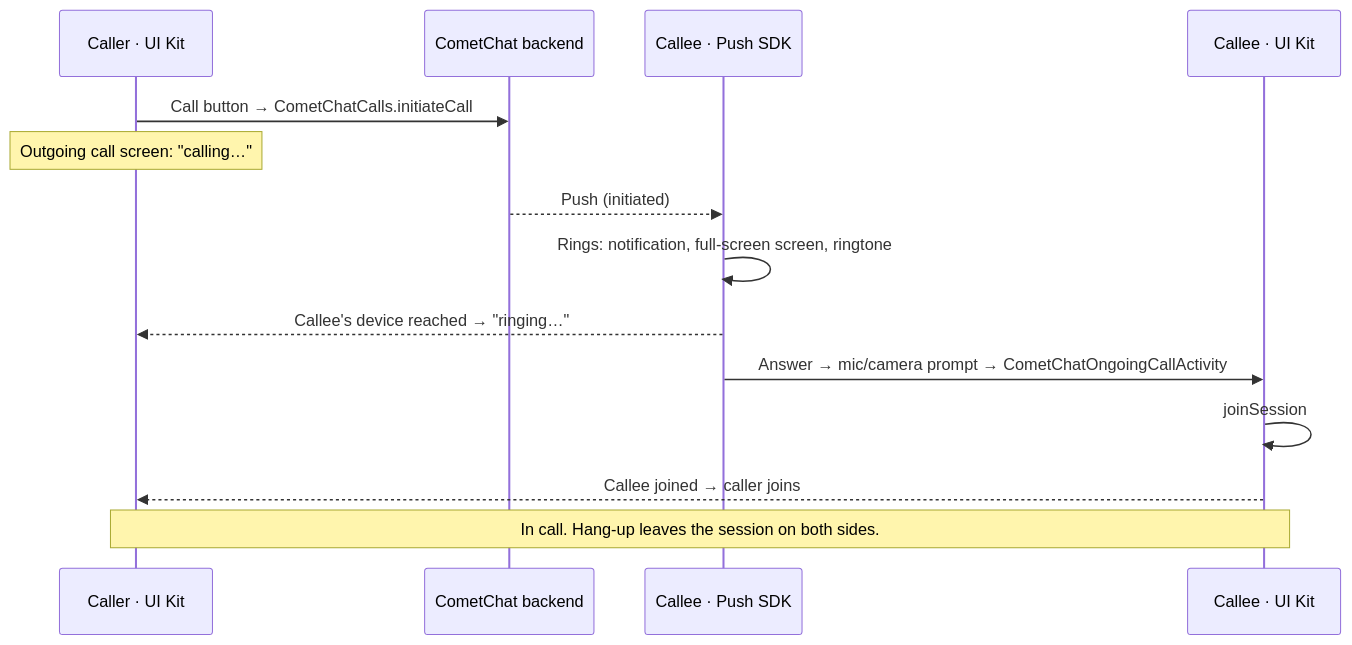
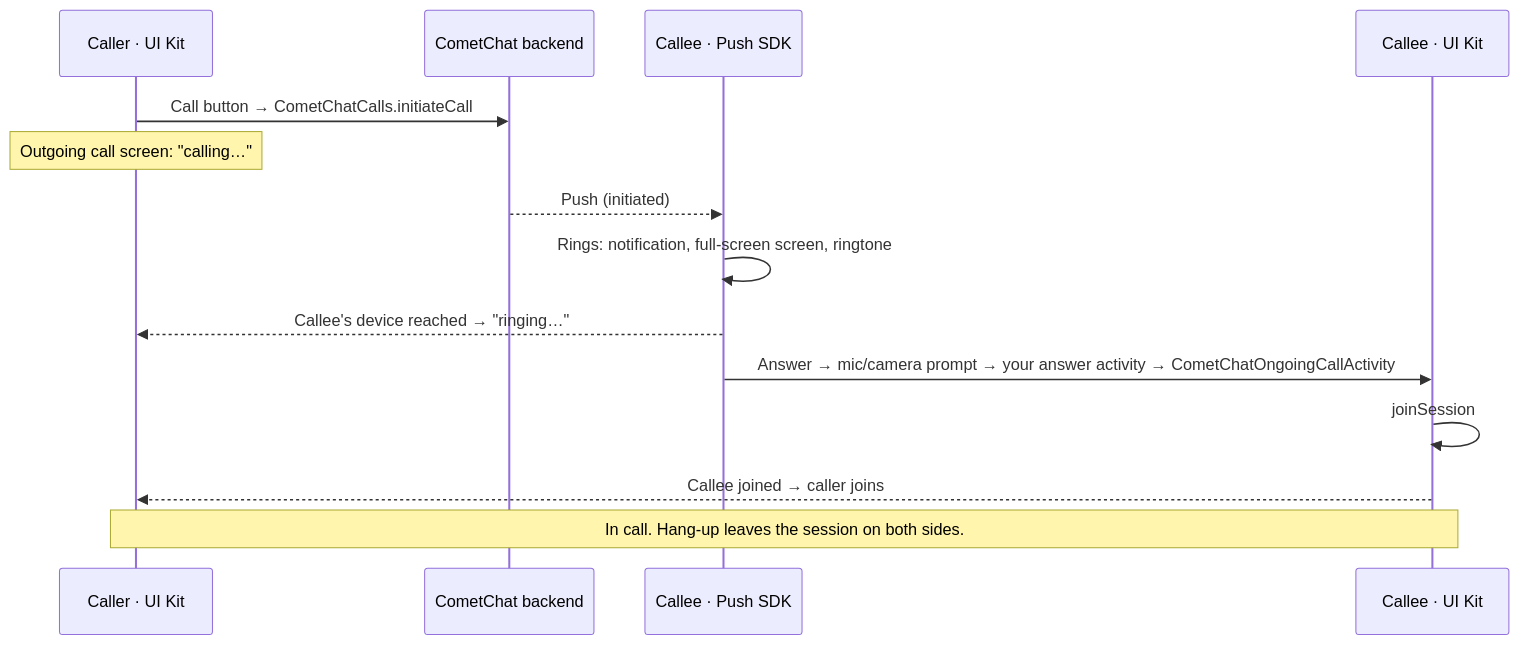
Before and after one commit to cometchat/docs: the diagram in ui-kit/android/calling-integration.mdx, drawn with Mermaid. The commit also changed other lines of this file and 11 other files, not shown here.

First line of the commit message:
docs(android): UI Kit answer activity matches master-app; trim Push SDK internals

````diff
--- a/ui-kit/android/calling-integration.mdx
+++ b/ui-kit/android/calling-integration.mdx
@@ -14,17 +14,17 @@
 ```mermaid
 sequenceDiagram
     participant A as Caller · UI Kit
     participant BE as CometChat backend
     participant P as Callee · Push SDK
     participant U as Callee · UI Kit
 
     A->>BE: Call button → CometChatCalls.initiateCall
     Note over A: Outgoing call screen: "calling…"
     BE-->>P: Push (initiated)
     P->>P: Rings: notification, full-screen screen, ringtone
     P-->>A: Callee's device reached → "ringing…"
-    P->>U: Answer → mic/camera prompt → CometChatOngoingCallActivity
+    P->>U: Answer → mic/camera prompt → your answer activity → CometChatOngoingCallActivity
     U->>U: joinSession
     U-->>A: Callee joined → caller joins
     Note over A,U: In call. Hang-up leaves the session on both sides.
 ```
````
